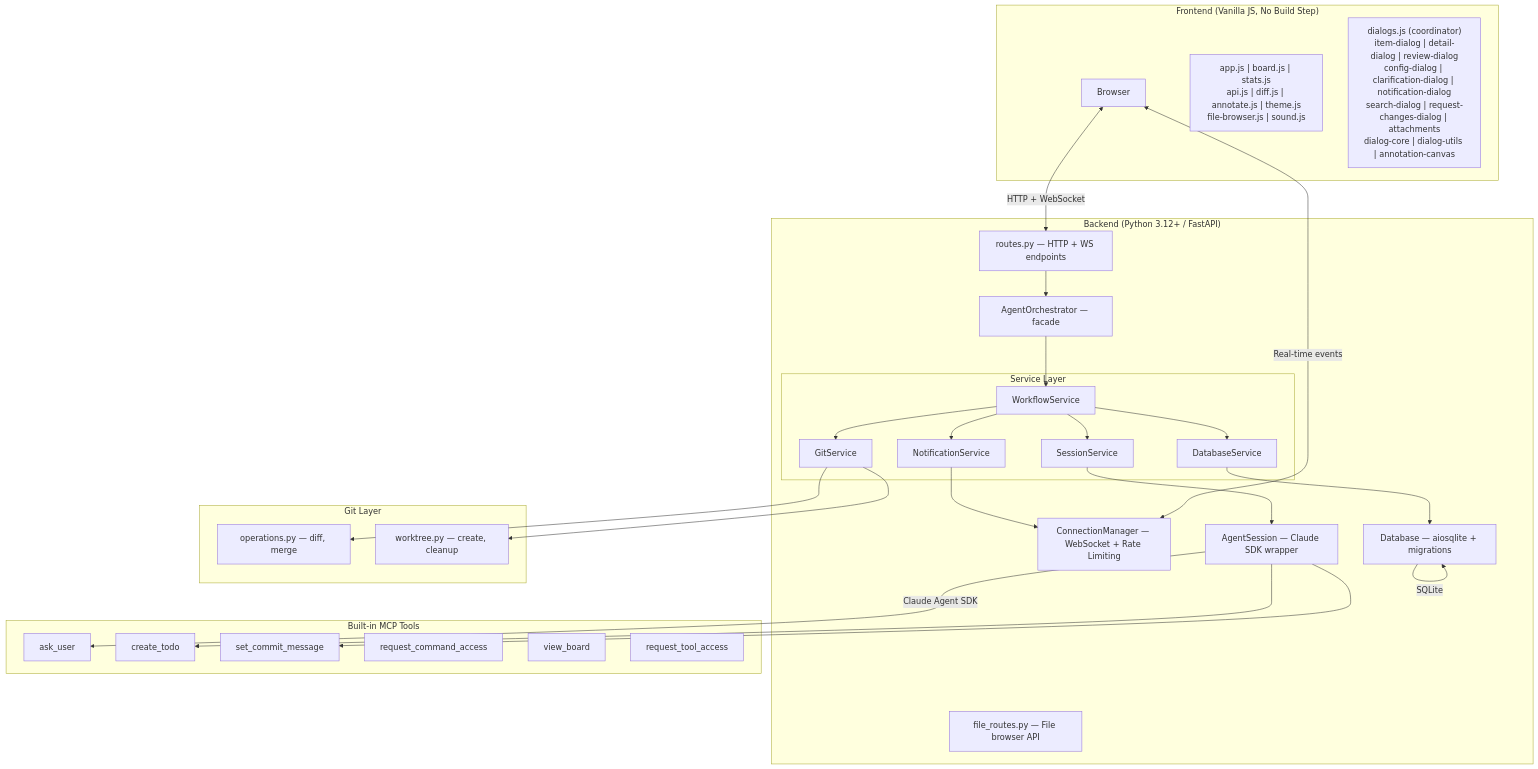
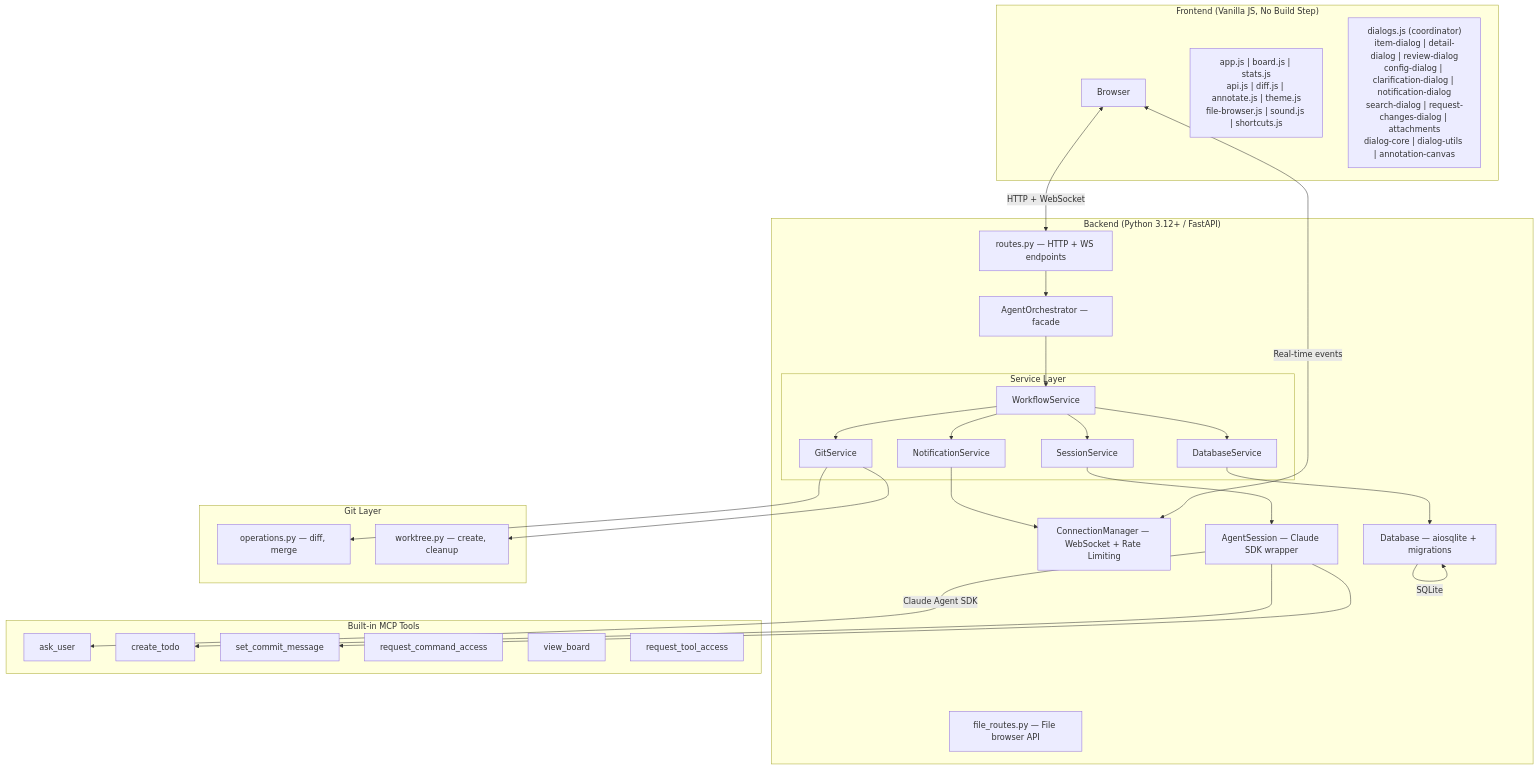
The second of 4 diagrams in README.md (epatel/claude-agents-dashboard), drawn with Mermaid before and after one commit. The commit also changed other lines of this file and 2 other files, not shown here.

Commit message:
Update all documentation with current metrics and new features (shortcuts bar, worktree browsing, retry merge, bulk operations, dependency endpoints)

````diff
--- a/README.md
+++ b/README.md
@@ -120,56 +123,56 @@
 ```mermaid
 graph TB
     subgraph Frontend["Frontend (Vanilla JS, No Build Step)"]
         Browser["Browser"]
-        JS["app.js | board.js | stats.js<br/>api.js | diff.js | annotate.js | theme.js<br/>file-browser.js | sound.js"]
+        JS["app.js | board.js | stats.js<br/>api.js | diff.js | annotate.js | theme.js<br/>file-browser.js | sound.js | shortcuts.js"]
         Dlg["dialogs.js (coordinator)<br/>item-dialog | detail-dialog | review-dialog<br/>config-dialog | clarification-dialog | notification-dialog<br/>search-dialog | request-changes-dialog | attachments<br/>dialog-core | dialog-utils | annotation-canvas"]
     end
 
     subgraph Backend["Backend (Python 3.12+ / FastAPI)"]
         Routes["routes.py — HTTP + WS endpoints"]
         FileRoutes["file_routes.py — File browser API"]
         WSMgr["ConnectionManager — WebSocket + Rate Limiting"]
         Orch["AgentOrchestrator — facade"]
         subgraph Svc["Service Layer"]
             WF["WorkflowService"]
             DBS["DatabaseService"]
             NS["NotificationService"]
             GS["GitService"]
             SS["SessionService"]
         end
         Sess["AgentSession — Claude SDK wrapper"]
         DB["Database — aiosqlite + migrations"]
     end
 
     subgraph MCP["Built-in MCP Tools"]
         Ask["ask_user"]
         TodoTool["create_todo"]
         CommitTool["set_commit_message"]
         CmdAccess["request_command_access"]
         BoardView["view_board"]
         ToolAccess["request_tool_access"]
     end
 
     subgraph GitLayer["Git Layer"]
         GitOps["operations.py — diff, merge"]
         WT["worktree.py — create, cleanup"]
     end
 
     Browser <-->|"HTTP + WebSocket"| Routes
     Routes --> Orch
     Orch --> WF
     WF --> DBS
     WF --> GS
     WF --> NS
     WF --> SS
     SS --> Sess
     DBS --> DB
     NS --> WSMgr
     WSMgr <-->|"Real-time events"| Browser
     Sess -->|"Claude Agent SDK"| Ask
     Sess --> TodoTool
     Sess --> CommitTool
     DB -->|SQLite| DB
     GS --> GitOps
     GS --> WT
 ```
````
